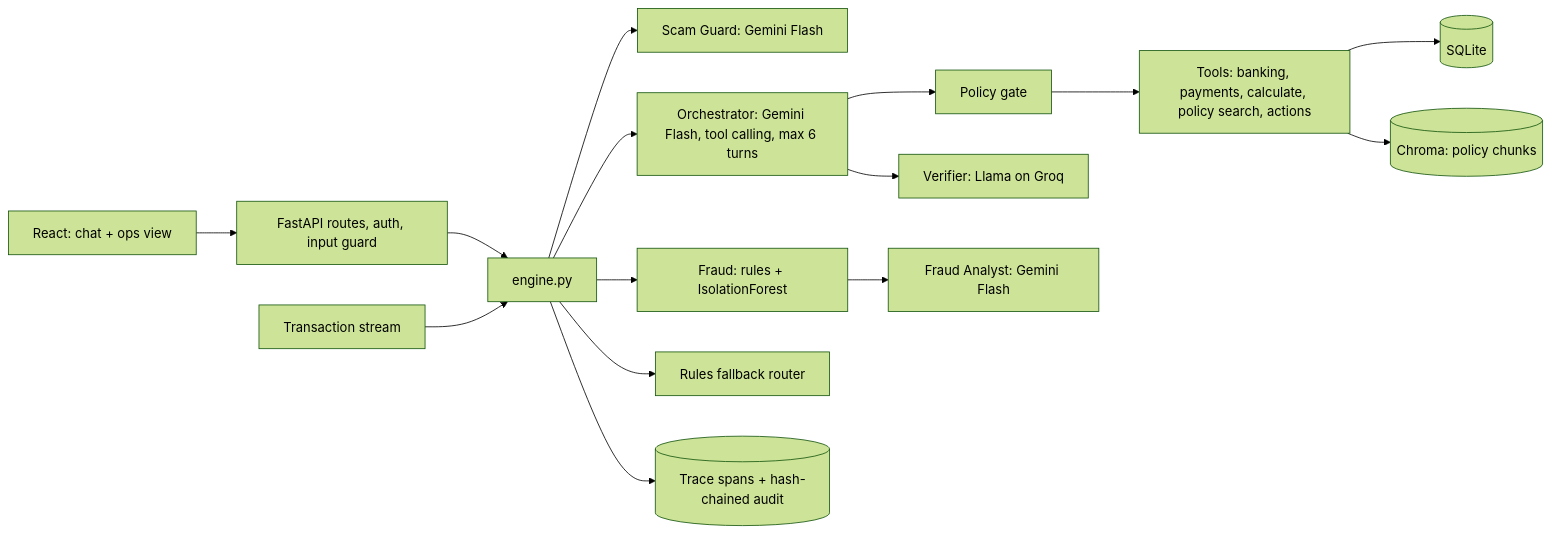
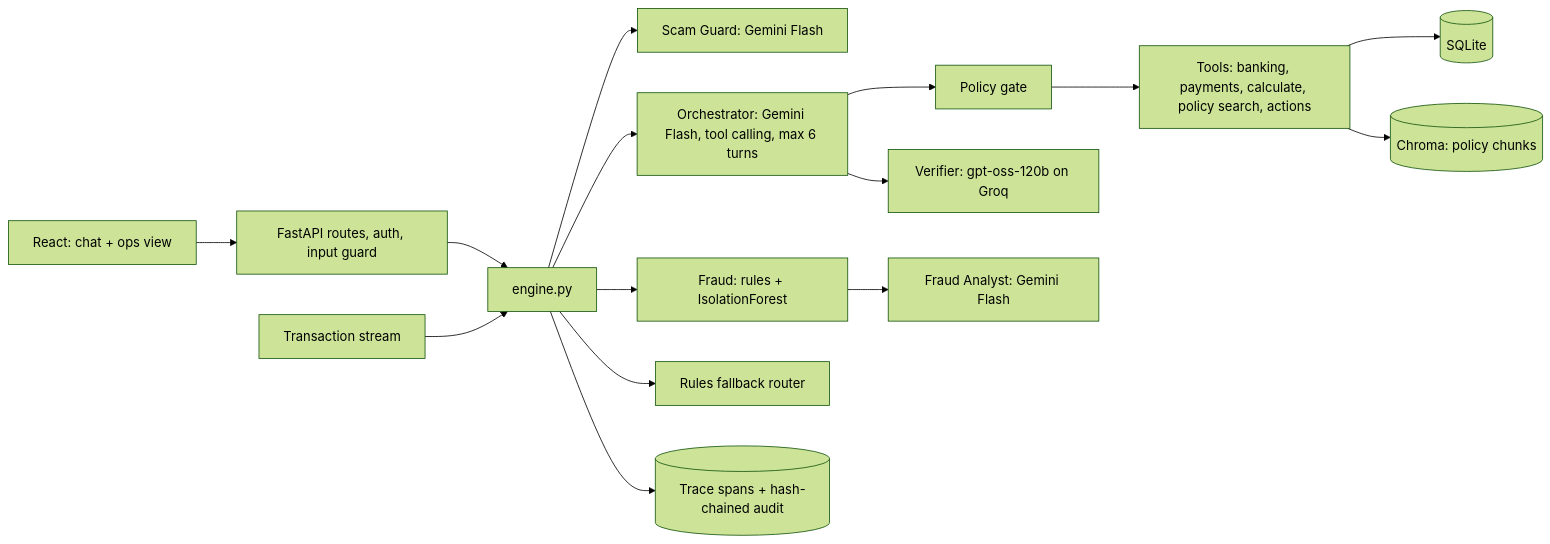
One commit to Ayush-Tak/hcl-hack changed the diagram in docs/design.md. Above: the diagram before and after it, drawn with Mermaid (forest theme). The commit also changed other lines of this file and 2 other files, not shown here.

Commit message:
docs: D-23 Verifier model, design and progress update

````diff
--- a/docs/design.md
+++ b/docs/design.md
@@ -30,17 +30,17 @@
 ```mermaid
 flowchart LR
   UI[React: chat + ops view] --> API[FastAPI routes, auth, input guard]
   API --> ENG[engine.py]
   ENG --> SG[Scam Guard: Gemini Flash]
   ENG --> ORCH[Orchestrator: Gemini Flash, tool calling, max 6 turns]
   ORCH --> GATE[Policy gate]
   GATE --> TOOLS[Tools: banking, payments, calculate, policy search, actions]
   TOOLS --> DB[(SQLite)]
   TOOLS --> VEC[(Chroma: policy chunks)]
   STREAM[Transaction stream] --> ENG
   ENG --> FRAUD[Fraud: rules + IsolationForest]
   FRAUD --> FA[Fraud Analyst: Gemini Flash]
-  ORCH --> VER[Verifier: Llama on Groq]
+  ORCH --> VER[Verifier: gpt-oss-120b on Groq]
   ENG --> FB[Rules fallback router]
   ENG --> TRACE[(Trace spans + hash-chained audit)]
 ```
````
